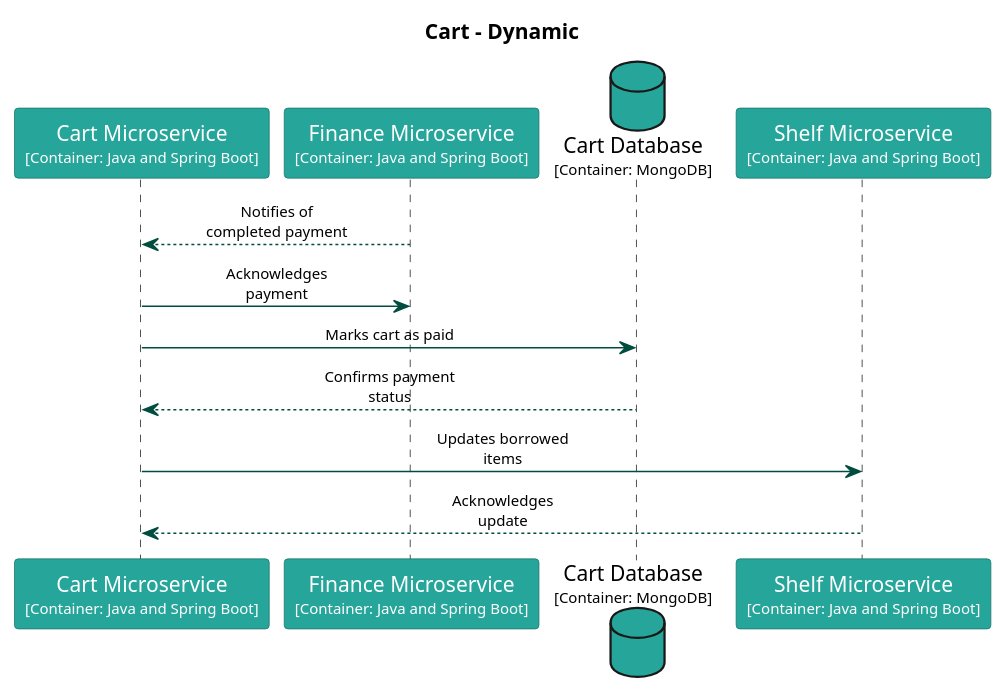
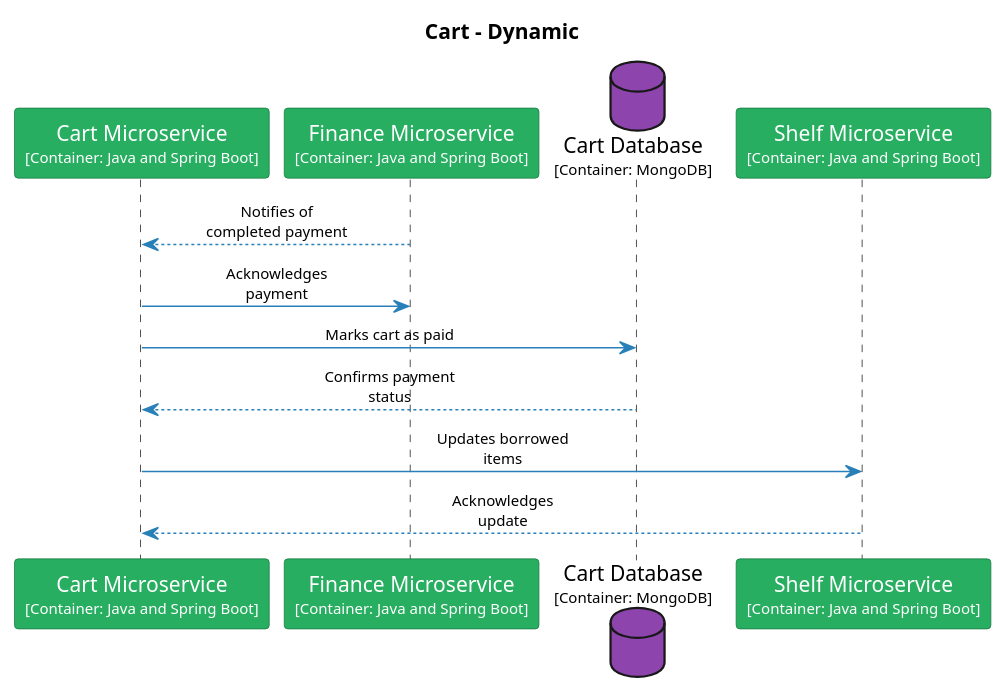
One commit to Goodmorning918/E-Library-Architecture changed the diagram in main/puml/cart-paid.puml. Above: the diagram before and after it, drawn with PlantUML. The commit also changed 169 other files, not shown here.

Commit message:
Deploying to gh-pages from @ Goodmorning918/E-Library-Architecture@5575a2e2585bacf25a31136d9ee4edd99183c80b 🚀

```diff
--- a/main/puml/cart-paid.puml
+++ b/main/puml/cart-paid.puml
@@ -1,49 +1,49 @@
 @startuml
 set separator none
 title Cart - Dynamic
 
 skinparam {
   arrowFontSize 10
   defaultTextAlignment center
   wrapWidth 200
   maxMessageSize 100
 }
 
 hide stereotype
 
 skinparam sequenceParticipant<<Cart.CartDatabase>> {
-  BackgroundColor #26a69a
+  BackgroundColor #8e44ad
   FontColor #ffffff
-  BorderColor #1a746b
+  BorderColor #632f79
   shadowing false
 }
 skinparam sequenceParticipant<<Cart.CartMicroservice>> {
-  BackgroundColor #26a69a
+  BackgroundColor #27ae60
   FontColor #ffffff
-  BorderColor #1a746b
+  BorderColor #1b7943
   shadowing false
 }
 skinparam sequenceParticipant<<Finance.FinanceMicroservice>> {
-  BackgroundColor #26a69a
+  BackgroundColor #27ae60
   FontColor #ffffff
-  BorderColor #1a746b
+  BorderColor #1b7943
   shadowing false
 }
 skinparam sequenceParticipant<<Shelf.ShelfMicroservice>> {
-  BackgroundColor #26a69a
+  BackgroundColor #27ae60
   FontColor #ffffff
-  BorderColor #1a746b
+  BorderColor #1b7943
   shadowing false
 }
 
-participant "Cart Microservice\n<size:10>[Container: Java and Spring Boot]</size>" as Cart.CartMicroservice <<Cart.CartMicroservice>> #26a69a
-participant "Finance Microservice\n<size:10>[Container: Java and Spring Boot]</size>" as Finance.FinanceMicroservice <<Finance.FinanceMicroservice>> #26a69a
-database "Cart Database\n<size:10>[Container: MongoDB]</size>" as Cart.CartDatabase <<Cart.CartDatabase>> #26a69a
-participant "Shelf Microservice\n<size:10>[Container: Java and Spring Boot]</size>" as Shelf.ShelfMicroservice <<Shelf.ShelfMicroservice>> #26a69a
-Cart.CartMicroservice <-[#004d40]- Finance.FinanceMicroservice : Notifies of completed payment
-Cart.CartMicroservice -[#004d40]> Finance.FinanceMicroservice : Acknowledges payment
-Cart.CartMicroservice -[#004d40]> Cart.CartDatabase : Marks cart as paid
-Cart.CartMicroservice <-[#004d40]- Cart.CartDatabase : Confirms payment status
-Cart.CartMicroservice -[#004d40]> Shelf.ShelfMicroservice : Updates borrowed items
-Cart.CartMicroservice <-[#004d40]- Shelf.ShelfMicroservice : Acknowledges update
+participant "Cart Microservice\n<size:10>[Container: Java and Spring Boot]</size>" as Cart.CartMicroservice <<Cart.CartMicroservice>> #27ae60
+participant "Finance Microservice\n<size:10>[Container: Java and Spring Boot]</size>" as Finance.FinanceMicroservice <<Finance.FinanceMicroservice>> #27ae60
+database "Cart Database\n<size:10>[Container: MongoDB]</size>" as Cart.CartDatabase <<Cart.CartDatabase>> #8e44ad
+participant "Shelf Microservice\n<size:10>[Container: Java and Spring Boot]</size>" as Shelf.ShelfMicroservice <<Shelf.ShelfMicroservice>> #27ae60
+Cart.CartMicroservice <-[#2980b9]- Finance.FinanceMicroservice : Notifies of completed payment
+Cart.CartMicroservice -[#2980b9]> Finance.FinanceMicroservice : Acknowledges payment
+Cart.CartMicroservice -[#2980b9]> Cart.CartDatabase : Marks cart as paid
+Cart.CartMicroservice <-[#2980b9]- Cart.CartDatabase : Confirms payment status
+Cart.CartMicroservice -[#2980b9]> Shelf.ShelfMicroservice : Updates borrowed items
+Cart.CartMicroservice <-[#2980b9]- Shelf.ShelfMicroservice : Acknowledges update
 @enduml
```
